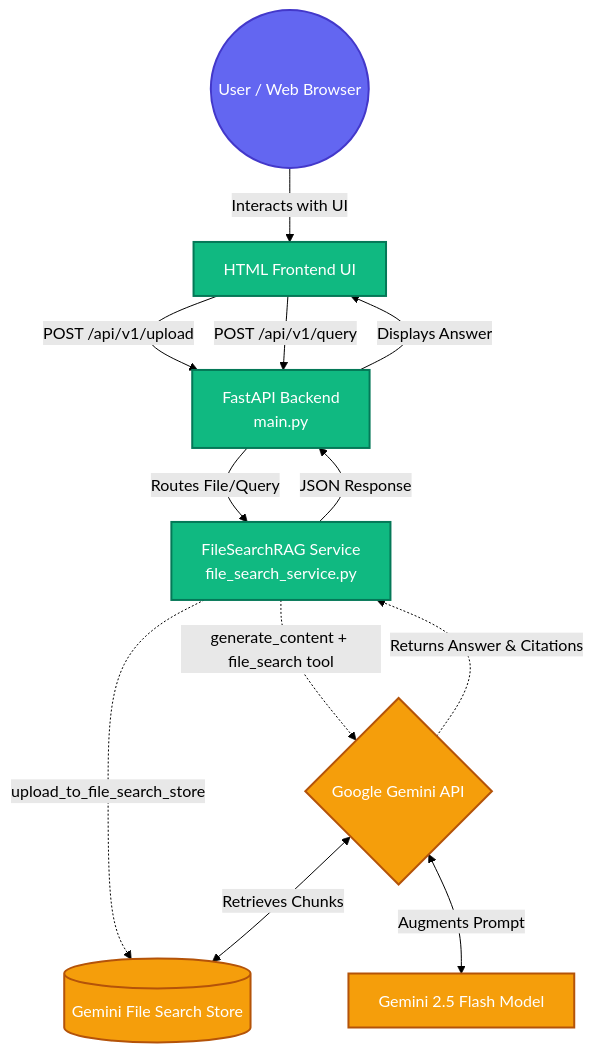
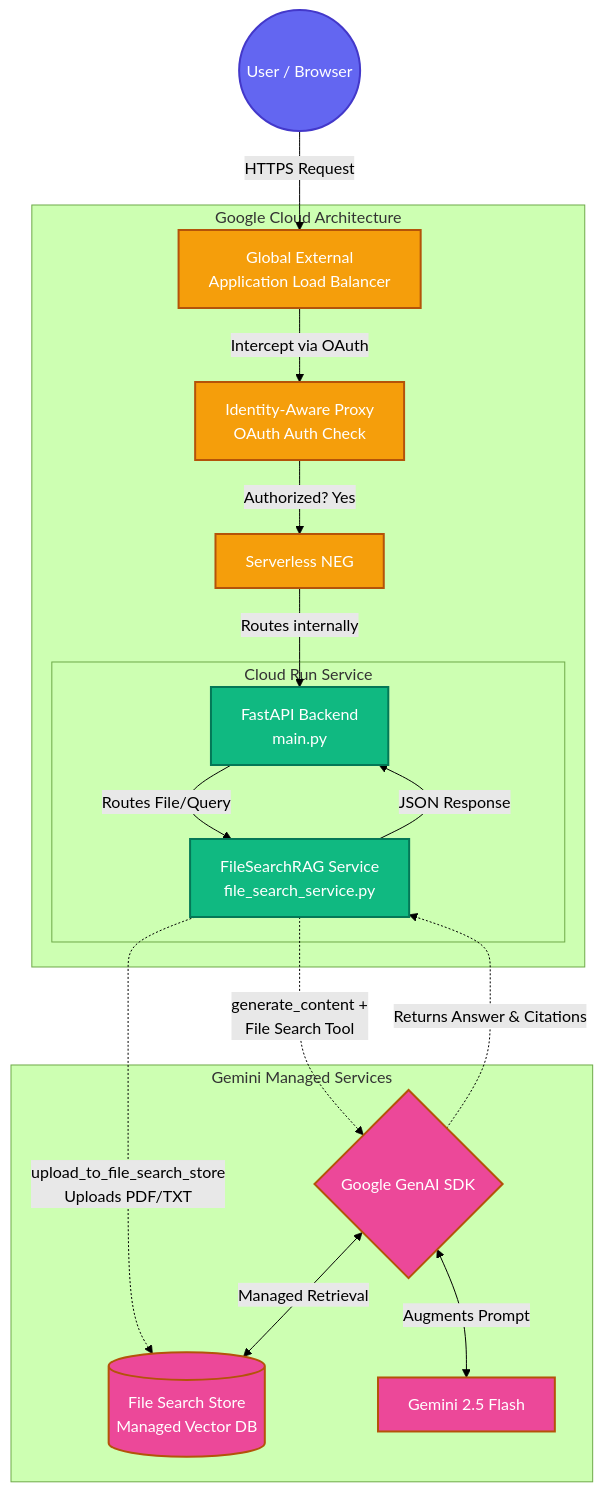
The diagram in README.md (anudishu/RAG-FileSearch-Demo), drawn with Mermaid (forest theme) before and after one commit. The commit also changed other lines of this file, not shown here.

Commit message:
docs: huge README update with system architecture and Cloud Run + IAP deployment steps

````diff
--- a/README.md
+++ b/README.md
@@ -9,31 +23,42 @@
 ```mermaid
 graph TD
     classDef user fill:#6366f1,stroke:#4338ca,color:white,stroke-width:2px;
-    classDef app fill:#10b981,stroke:#047857,color:white,stroke-width:2px;
-    classDef gcp fill:#f59e0b,stroke:#b45309,color:white,stroke-width:2px;
+    classDef gcpApp fill:#10b981,stroke:#047857,color:white,stroke-width:2px;
+    classDef gcpInfra fill:#f59e0b,stroke:#b45309,color:white,stroke-width:2px;
+    classDef gcpAi fill:#ec4899,stroke:#b45309,color:white,stroke-width:2px;
 
-    User((User / Web Browser)):::user
-    UI[HTML Frontend UI]:::app
-    FastAPI[FastAPI Backend\nmain.py]:::app
-    FSS[FileSearchRAG Service\nfile_search_service.py]:::app
+    User((User / Browser)):::user
+    
+    subgraph Google Cloud Architecture
+        IAP[Identity-Aware Proxy\nOAuth Auth Check]:::gcpInfra
+        LB[Global External\nApplication Load Balancer]:::gcpInfra
+        NEG[Serverless NEG]:::gcpInfra
+        
+        subgraph Cloud Run Service
+            FastAPI[FastAPI Backend\nmain.py]:::gcpApp
+            FSS[FileSearchRAG Service\nfile_search_service.py]:::gcpApp
+        end
+    end
 
-    GeminiAPI{Google Gemini API}:::gcp
-    VectorStore[(Gemini File Search Store)]:::gcp
-    LLM[Gemini 2.5 Flash Model]:::gcp
+    subgraph Gemini Managed Services
+        GeminiAPI{Google GenAI SDK}:::gcpAi
+        VectorStore[(File Search Store\nManaged Vector DB)]:::gcpAi
+        LLM[Gemini 2.5 Flash]:::gcpAi
+    end
 
-    User -->|Interacts with UI| UI
-    UI -->|POST /api/v1/upload| FastAPI
-    UI -->|POST /api/v1/query| FastAPI
+    User -->|HTTPS Request| LB
+    LB -->|Intercept via OAuth| IAP
+    IAP -->|Authorized? Yes| NEG
+    NEG -->|Routes internally| FastAPI
     
     FastAPI -->|Routes File/Query| FSS
     
-    FSS -.->|upload_to_file_search_store| VectorStore
-    FSS -.->|generate_content + file_search tool| GeminiAPI
+    FSS -.->|upload_to_file_search_store\nUploads PDF/TXT| VectorStore
+    FSS -.->|generate_content +\nFile Search Tool| GeminiAPI
     
-    GeminiAPI <-->|Retrieves Chunks| VectorStore
+    GeminiAPI <-->|Managed Retrieval| VectorStore
     GeminiAPI <-->|Augments Prompt| LLM
     
     GeminiAPI -.->|Returns Answer & Citations| FSS
     FSS -->|JSON Response| FastAPI
-    FastAPI -->|Displays Answer| UI
 ```
````
